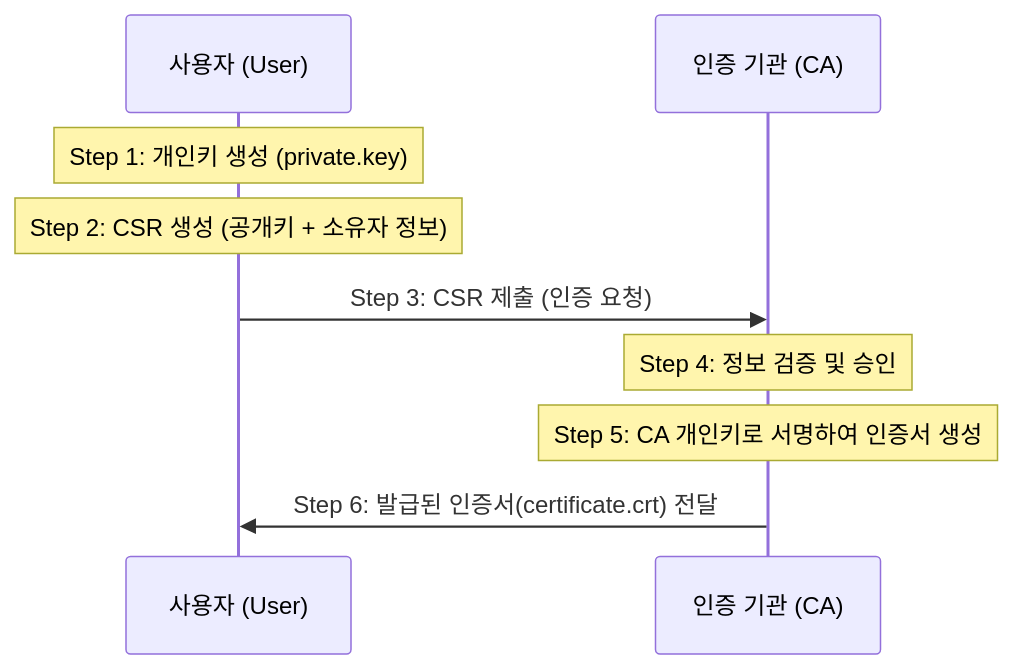
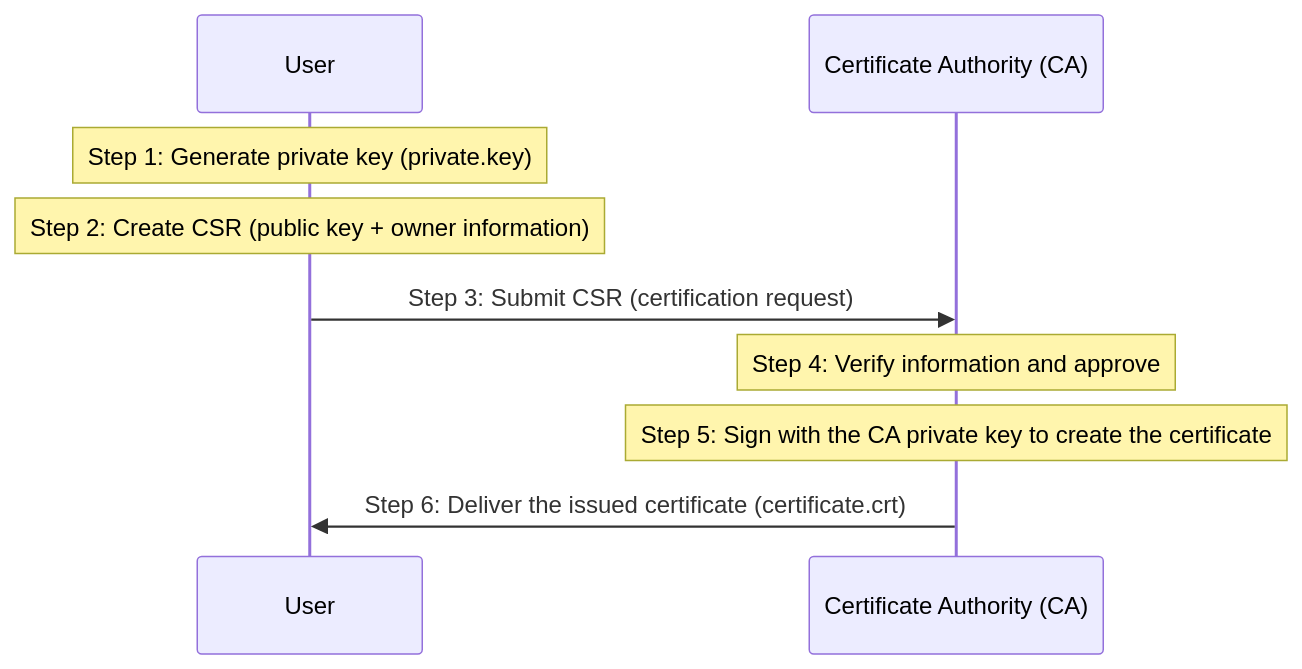
Before and after one commit to jeonck/k8s-adv: the diagram in content/security/01-foundation/16-csr-and-workflow.md, drawn with Mermaid. The commit also changed other lines of this file and 223 other files, not shown here.

````diff
--- a/content/security/01-foundation/16-csr-and-workflow.md
+++ b/content/security/01-foundation/16-csr-and-workflow.md
@@ -31,12 +31,12 @@
 ```mermaid
 sequenceDiagram
-    participant U as 사용자 (User)
-    participant CA as 인증 기관 (CA)
+    participant U as User
+    participant CA as Certificate Authority (CA)
     
-    Note over U: Step 1: 개인키 생성 (private.key)
-    Note over U: Step 2: CSR 생성 (공개키 + 소유자 정보)
-    U->>CA: Step 3: CSR 제출 (인증 요청)
-    Note over CA: Step 4: 정보 검증 및 승인
-    Note over CA: Step 5: CA 개인키로 서명하여 인증서 생성
-    CA->>U: Step 6: 발급된 인증서(certificate.crt) 전달
+    Note over U: Step 1: Generate private key (private.key)
+    Note over U: Step 2: Create CSR (public key + owner information)
+    U->>CA: Step 3: Submit CSR (certification request)
+    Note over CA: Step 4: Verify information and approve
+    Note over CA: Step 5: Sign with the CA private key to create the certificate
+    CA->>U: Step 6: Deliver the issued certificate (certificate.crt)
 ```
````
